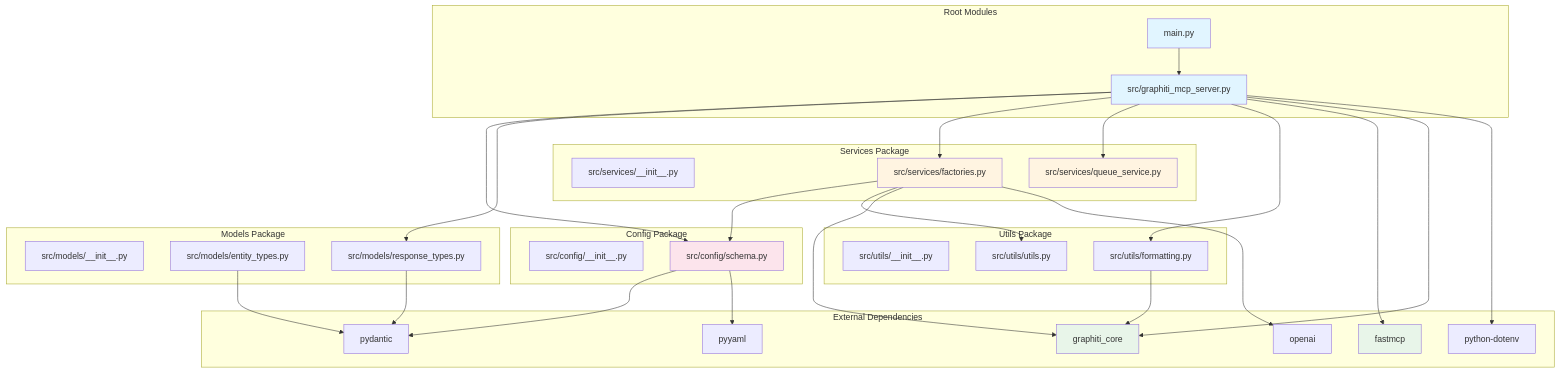
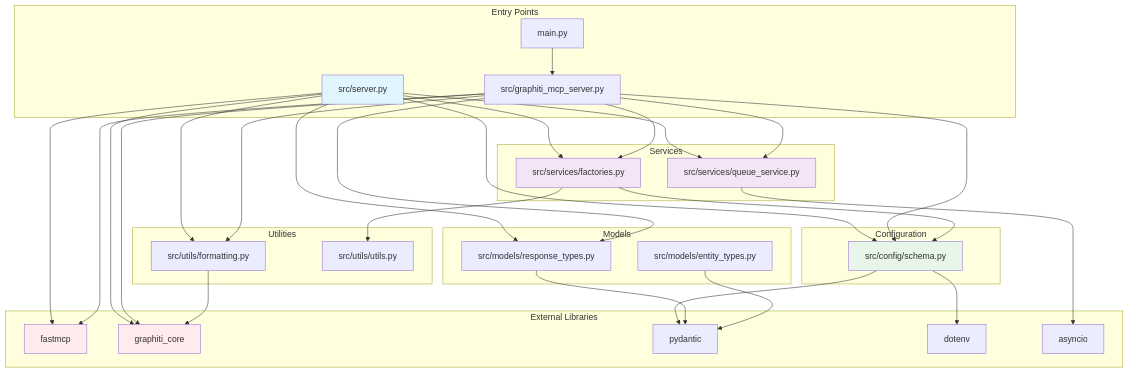
Before and after one commit to donbr/graphiti-fastmcp: the fourth of 6 diagrams in architecture/diagrams/02_architecture_diagrams.md, drawn with Mermaid. The commit also changed other lines of this file and 43 other files, not shown here.

````diff
--- a/architecture/diagrams/02_architecture_diagrams.md
+++ b/architecture/diagrams/02_architecture_diagrams.md
@@ -369,71 +451,72 @@
 ```mermaid
-flowchart TD
-    subgraph "Root Modules"
-        MAIN[main.py]
-        SERVER[src/graphiti_mcp_server.py]
+graph TD
+    subgraph "Entry Points"
+        M1[main.py]
+        M2[src/server.py]
+        M3[src/graphiti_mcp_server.py]
     end
 
-    subgraph "Config Package"
-        CFG_INIT[src/config/__init__.py]
-        CFG_SCHEMA[src/config/schema.py]
+    subgraph "Configuration"
+        C1[src/config/schema.py]
     end
 
-    subgraph "Models Package"
-        MOD_INIT[src/models/__init__.py]
-        MOD_ENTITY[src/models/entity_types.py]
-        MOD_RESPONSE[src/models/response_types.py]
+    subgraph "Services"
+        S1[src/services/factories.py]
+        S2[src/services/queue_service.py]
     end
 
-    subgraph "Services Package"
-        SVC_INIT[src/services/__init__.py]
-        SVC_FACTORY[src/services/factories.py]
-        SVC_QUEUE[src/services/queue_service.py]
+    subgraph "Models"
+        D1[src/models/response_types.py]
+        D2[src/models/entity_types.py]
     end
 
-    subgraph "Utils Package"
-        UTL_INIT[src/utils/__init__.py]
-        UTL_FORMAT[src/utils/formatting.py]
-        UTL_UTILS[src/utils/utils.py]
+    subgraph "Utilities"
+        U1[src/utils/formatting.py]
+        U2[src/utils/utils.py]
     end
 
-    subgraph "External Dependencies"
-        GRAPHITI[graphiti_core]
-        FASTMCP[fastmcp]
-        PYDANTIC[pydantic]
-        DOTENV[python-dotenv]
-        OPENAI[openai]
-        YAML[pyyaml]
+    subgraph "External Libraries"
+        E1[fastmcp]
+        E2[graphiti_core]
+        E3[pydantic]
+        E4[dotenv]
+        E5[asyncio]
     end
 
-    MAIN --> SERVER
+    M1 --> M3
+    M2 --> C1
+    M2 --> D1
+    M2 --> S1
+    M2 --> S2
+    M2 --> U1
+    M2 --> E1
+    M2 --> E2
 
-    SERVER --> CFG_SCHEMA
-    SERVER --> MOD_RESPONSE
-    SERVER --> SVC_FACTORY
-    SERVER --> SVC_QUEUE
-    SERVER --> UTL_FORMAT
-    SERVER --> FASTMCP
-    SERVER --> GRAPHITI
-    SERVER --> DOTENV
+    M3 --> C1
+    M3 --> D1
+    M3 --> S1
+    M3 --> S2
+    M3 --> U1
+    M3 --> E1
+    M3 --> E2
 
-    CFG_SCHEMA --> PYDANTIC
-    CFG_SCHEMA --> YAML
+    S1 --> C1
+    S1 --> U2
 
-    MOD_ENTITY --> PYDANTIC
-    MOD_RESPONSE --> PYDANTIC
+    S2 --> E5
 
-    SVC_FACTORY --> CFG_SCHEMA
-    SVC_FACTORY --> UTL_UTILS
-    SVC_FACTORY --> GRAPHITI
-    SVC_FACTORY --> OPENAI
+    C1 --> E3
+    C1 --> E4
 
-    UTL_FORMAT --> GRAPHITI
+    D1 --> E3
+    D2 --> E3
 
-    style MAIN fill:#e1f5ff
-    style SERVER fill:#e1f5ff
-    style CFG_SCHEMA fill:#fce4ec
-    style SVC_FACTORY fill:#fff4e1
-    style SVC_QUEUE fill:#fff4e1
-    style GRAPHITI fill:#e8f5e9
-    style FASTMCP fill:#e8f5e9
+    U1 --> E2
+
+    style M2 fill:#e1f5ff
+    style C1 fill:#e8f5e9
+    style S1 fill:#f3e5f5
+    style S2 fill:#f3e5f5
+    style E1 fill:#ffebee
+    style E2 fill:#ffebee
 ```
````
